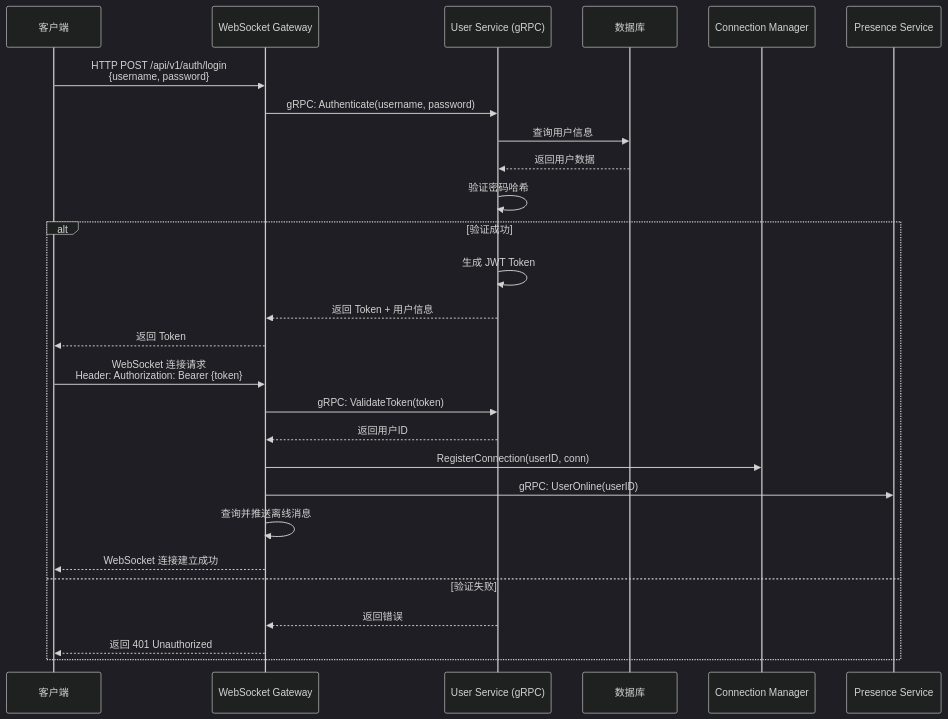
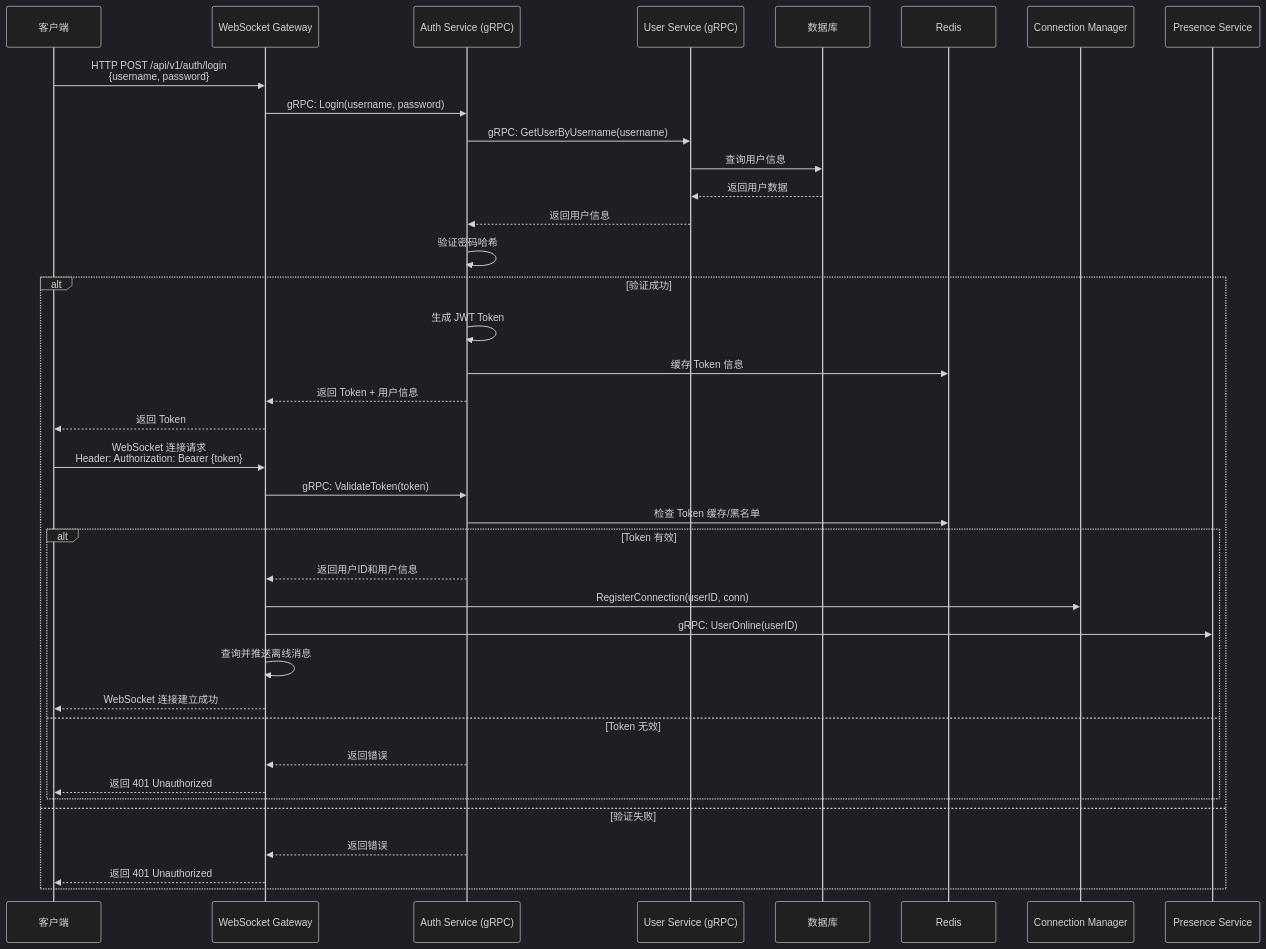
Before and after one commit to HappyLadySauce/Beehive: the first of 6 diagrams in docs/dev/01-用户登录与操作逻辑.md, drawn with Mermaid (dark theme). The commit also changed other lines of this file and 3 other files, not shown here.

Commit message:
Implement Auth Service for user authentication, including JWT token generation and validation, and update service architecture to integrate with Redis for token caching and blacklisting. Refactor related documentation and project structure to accommodate the new service.

````diff
--- a/docs/dev/01-用户登录与操作逻辑.md
+++ b/docs/dev/01-用户登录与操作逻辑.md
@@ -11,30 +11,41 @@
 ```mermaid
 sequenceDiagram
     participant Client as 客户端
     participant Gateway as WebSocket Gateway
+    participant AuthSvc as Auth Service (gRPC)
     participant UserSvc as User Service (gRPC)
     participant DB as 数据库
+    participant Redis as Redis
     participant ConnMgr as Connection Manager
     participant PresenceSvc as Presence Service
     
     Client->>Gateway: HTTP POST /api/v1/auth/login<br/>{username, password}
-    Gateway->>UserSvc: gRPC: Authenticate(username, password)
+    Gateway->>AuthSvc: gRPC: Login(username, password)
+    AuthSvc->>UserSvc: gRPC: GetUserByUsername(username)
     UserSvc->>DB: 查询用户信息
     DB-->>UserSvc: 返回用户数据
-    UserSvc->>UserSvc: 验证密码哈希
+    UserSvc-->>AuthSvc: 返回用户信息
+    AuthSvc->>AuthSvc: 验证密码哈希
     alt 验证成功
-        UserSvc->>UserSvc: 生成 JWT Token
-        UserSvc-->>Gateway: 返回 Token + 用户信息
+        AuthSvc->>AuthSvc: 生成 JWT Token
+        AuthSvc->>Redis: 缓存 Token 信息
+        AuthSvc-->>Gateway: 返回 Token + 用户信息
         Gateway-->>Client: 返回 Token
         Client->>Gateway: WebSocket 连接请求<br/>Header: Authorization: Bearer {token}
-        Gateway->>UserSvc: gRPC: ValidateToken(token)
-        UserSvc-->>Gateway: 返回用户ID
-        Gateway->>ConnMgr: RegisterConnection(userID, conn)
-        Gateway->>PresenceSvc: gRPC: UserOnline(userID)
-        Gateway->>Gateway: 查询并推送离线消息
-        Gateway-->>Client: WebSocket 连接建立成功
+        Gateway->>AuthSvc: gRPC: ValidateToken(token)
+        AuthSvc->>Redis: 检查 Token 缓存/黑名单
+        alt Token 有效
+            AuthSvc-->>Gateway: 返回用户ID和用户信息
+            Gateway->>ConnMgr: RegisterConnection(userID, conn)
+            Gateway->>PresenceSvc: gRPC: UserOnline(userID)
+            Gateway->>Gateway: 查询并推送离线消息
+            Gateway-->>Client: WebSocket 连接建立成功
+        else Token 无效
+            AuthSvc-->>Gateway: 返回错误
+            Gateway-->>Client: 返回 401 Unauthorized
+        end
     else 验证失败
-        UserSvc-->>Gateway: 返回错误
+        AuthSvc-->>Gateway: 返回错误
         Gateway-->>Client: 返回 401 Unauthorized
     end
 ```
````
